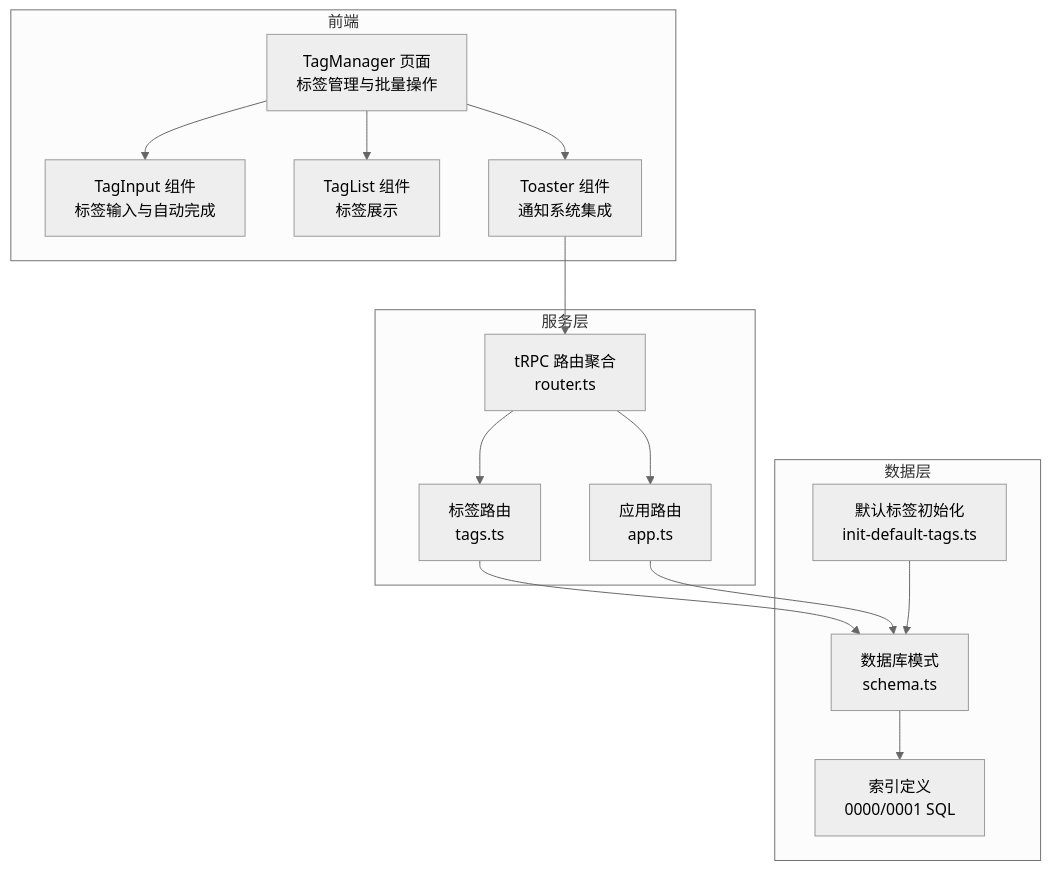
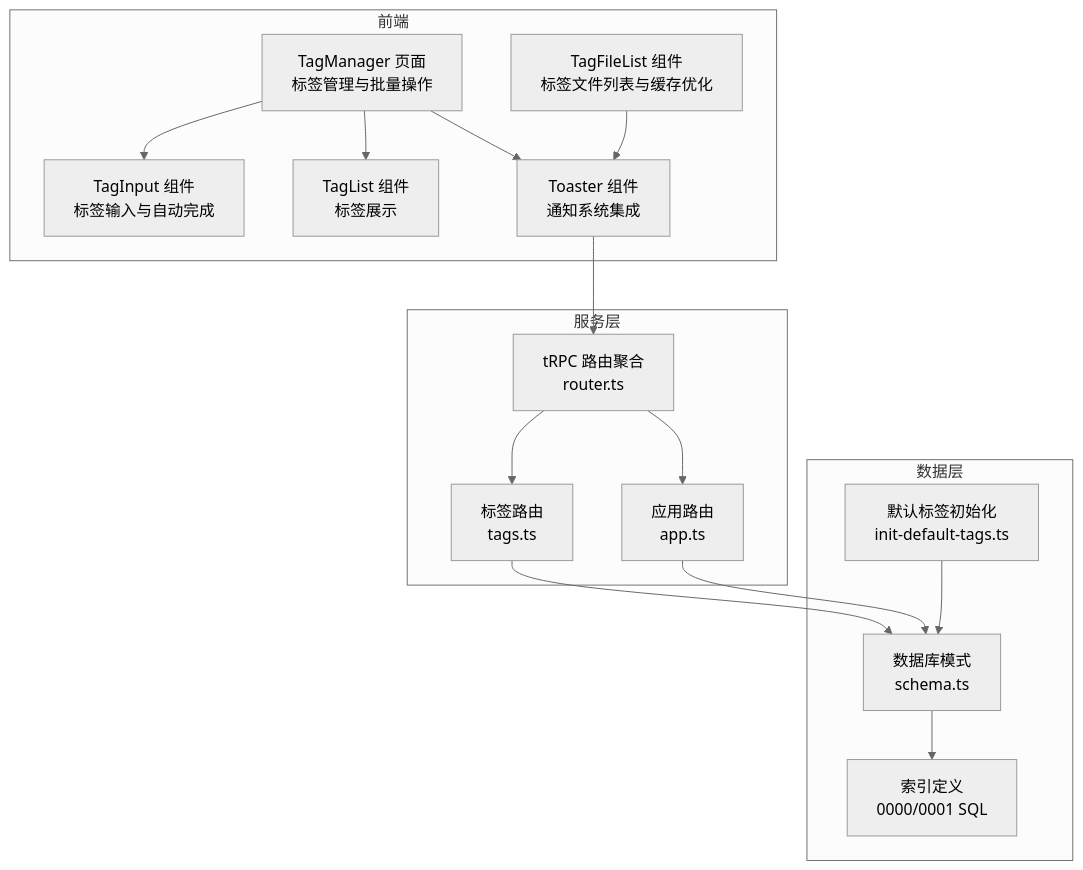
Before and after one commit to RadiumAg/image-saas: the first of 11 diagrams in .qoder/repowiki/zh/content/核心功能模块/标签管理系统.md, drawn with Mermaid (neutral theme). The commit also changed other lines of this file and 1 other file, not shown here.

````diff
--- a/.qoder/repowiki/zh/content/核心功能模块/标签管理系统.md
+++ b/.qoder/repowiki/zh/content/核心功能模块/标签管理系统.md
@@ -53,29 +55,31 @@
 ```mermaid
 graph TB
 subgraph "前端"
 UI_TagInput["TagInput 组件<br/>标签输入与自动完成"]
 UI_TagList["TagList 组件<br/>标签展示"]
 UI_Page["TagManager 页面<br/>标签管理与批量操作"]
 UI_Toaster["Toaster 组件<br/>通知系统集成"]
+UI_TagFileList["TagFileList 组件<br/>标签文件列表与缓存优化"]
 end
 subgraph "服务层"
 TRPC_Router["tRPC 路由聚合<br/>router.ts"]
 Tags_API["标签路由<br/>tags.ts"]
 Apps_API["应用路由<br/>app.ts"]
 end
 subgraph "数据层"
 DB_Schema["数据库模式<br/>schema.ts"]
 DB_Indexes["索引定义<br/>0000/0001 SQL"]
 Init_Script["默认标签初始化<br/>init-default-tags.ts"]
 end
 UI_Page --> UI_TagInput
 UI_Page --> UI_TagList
 UI_Page --> UI_Toaster
+UI_TagFileList --> UI_Toaster
 UI_Toaster --> TRPC_Router
 TRPC_Router --> Tags_API
 TRPC_Router --> Apps_API
 Tags_API --> DB_Schema
 Apps_API --> DB_Schema
 DB_Schema --> DB_Indexes
 Init_Script --> DB_Schema
 ```
````
